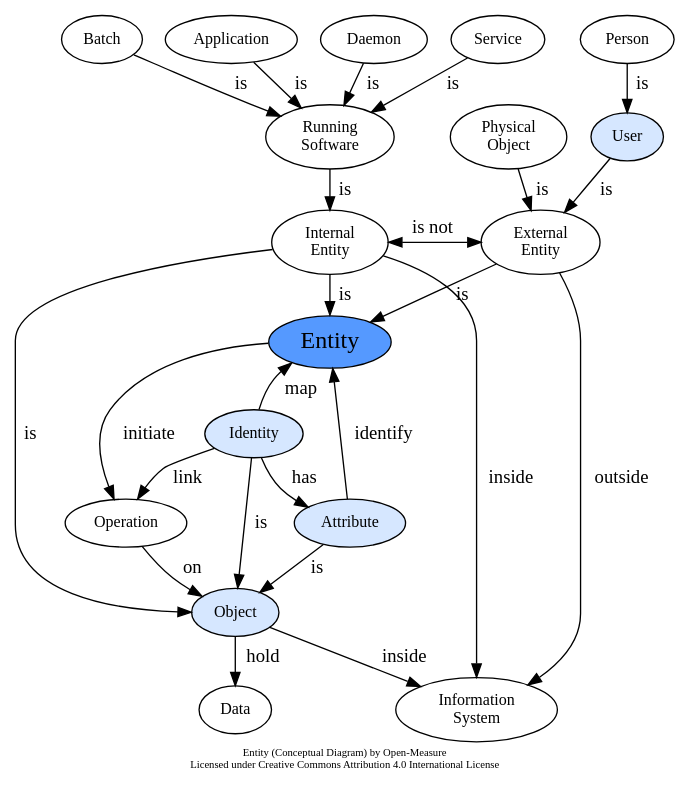
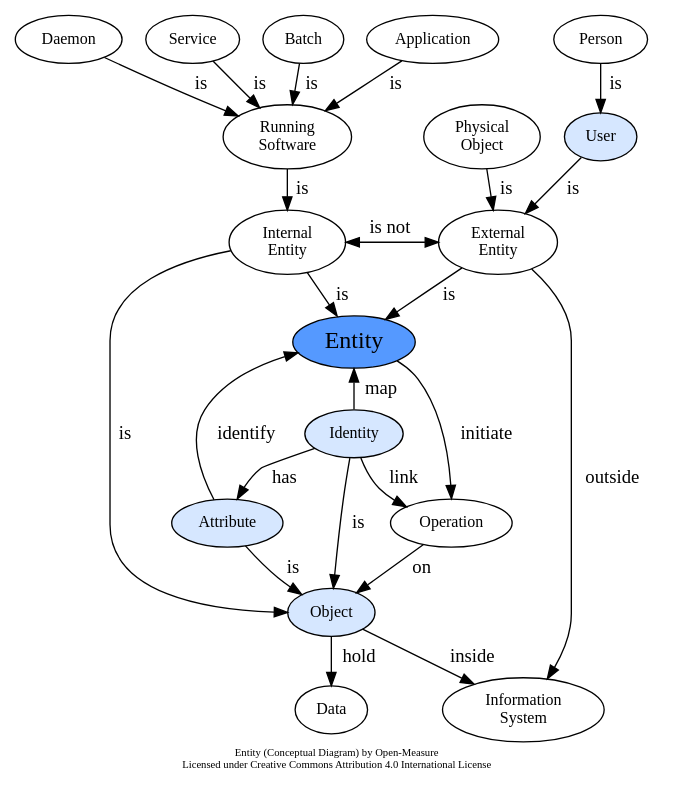
One commit to Open-Measure/Graphviz-Models changed the diagram in Dictionary/entity.gv. Above: the diagram before and after it, drawn with Graphviz.

```diff
--- a/Dictionary/entity.gv
+++ b/Dictionary/entity.gv
@@ -1,69 +1,68 @@
 digraph G {
 	rankdir="TB";
 	ranksep="0";
 	splines="curve";
 	newrank=true;
 	packmode="clust";
 	compound=true;
 	fontname="Calibri";
 	label="Entity (Conceptual Diagram) by Open-Measure\nLicensed under Creative Commons Attribution 4.0 International License";
 	fontsize=8;
 	node[shape="ellipse", fontsize=12, fillcolor="#d6e7ff", style="filled", fontname="Calibri"];
 	edge[fontname="Calibri", minlen="1"];
 
 	n_daemon [fillcolor="white", label="Daemon"];
 	n_service [fillcolor="white", label="Service"];
 	n_batch [fillcolor="white", label="Batch"];
 	n_application [fillcolor="white", label="Application"];
 	n_daemon -> n_running_software [weight=10, label="  is  "];
 	n_service -> n_running_software [weight=10, label="  is  "];
 	n_batch -> n_running_software [weight=10, label="  is  "];
 	n_application -> n_running_software [weight=10, label="  is  "];
 
 	n_person [fillcolor="white", label="Person"];
 
 	n_running_software [fillcolor="white", label="Running\nSoftware"];
 	n_physical_object [fillcolor="white", label="Physical\nObject"];
 	n_user [label="User", URL="/wiki/spaces/DIC/pages/82839586/User+Dictionary+Entry"];
 
 	n_external_entity [fillcolor="white", label="External\nEntity"];
 	n_internal_entity [fillcolor="white", label="Internal\nEntity"];
 
  	n_entity [label="Entity", fontsize=18, fillcolor="#5599ff", URL="https://open-measure.atlassian.net/wiki/spaces/DIC/pages/123830932"];
 	n_entity -> n_identity [weight=10, label="  map  ", dir="back"];
 
 	n_identity [label="Identity", URL="URL=https://open-measure.atlassian.net/wiki/spaces/DIC/pages/67600948"];
 	n_identity -> n_informational_object [weight=10, label="  is  "];
 	n_identity -> n_operation [weight=10, label="  link  "];
 	n_identity -> n_attribute [weight=10, label="  has  "];
 	n_entity -> n_attribute [weight=10, label="  identify  ", dir="back"];
 
 	n_attribute [label="Attribute", URL="URL=https://open-measure.atlassian.net/wiki/spaces/DIC/pages/82903275"];
 	n_attribute -> n_informational_object [weight=10, label="  is  "];
 
 	n_operation [fillcolor="white", label="Operation"];
 
 	n_informational_object [label="Object", URL="https://open-measure.atlassian.net/wiki/spaces/DIC/pages/67568133/Object+Dictionary+Entry"];
 	n_data [fillcolor="white", label="Data"];
 
 	n_information_system [fillcolor="white", label="Information\nSystem"];
 
 	n_internal_entity -> n_informational_object [weight=10, label="  is  "];
 	n_person -> n_user [weight=10, label="  is", dir="back  "];
 	n_user -> n_external_entity [weight=10, label="  is  "];
 	n_running_software -> n_internal_entity [weight=10, label="  is  "];
 	n_physical_object -> n_external_entity [weight=10, label="  is  "];
 	n_internal_entity -> n_external_entity [weight=10, label="  is not  ", dir="both"];
 	n_internal_entity -> n_entity [weight=10, label="  is  "];
 	n_external_entity -> n_entity [weight=10, label="  is  "];
 	n_entity -> n_operation [weight=10, label="  initiate  "];
 	n_operation -> n_informational_object [weight=10, label="  on  "];
 	n_external_entity -> n_information_system [weight=10, label="  outside  "];
-	n_internal_entity -> n_information_system [weight=10, label="  inside  "];
 	n_informational_object -> n_data [weight=10, label="  hold  "];
 	n_informational_object -> n_information_system [weight=10, label="  inside  "];
 
 	{rank=same; n_internal_entity; n_external_entity;}
 	{rank=same; n_running_software; n_user; n_physical_object;}
 
 }
```
